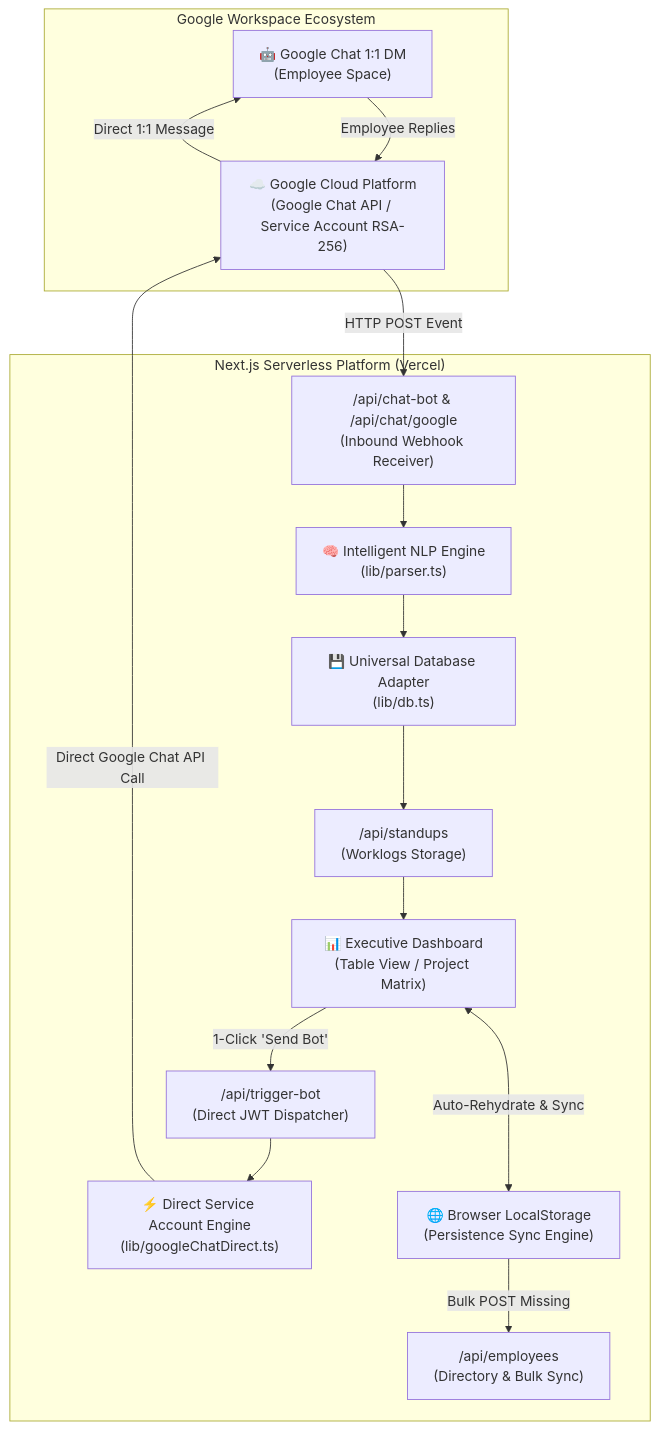
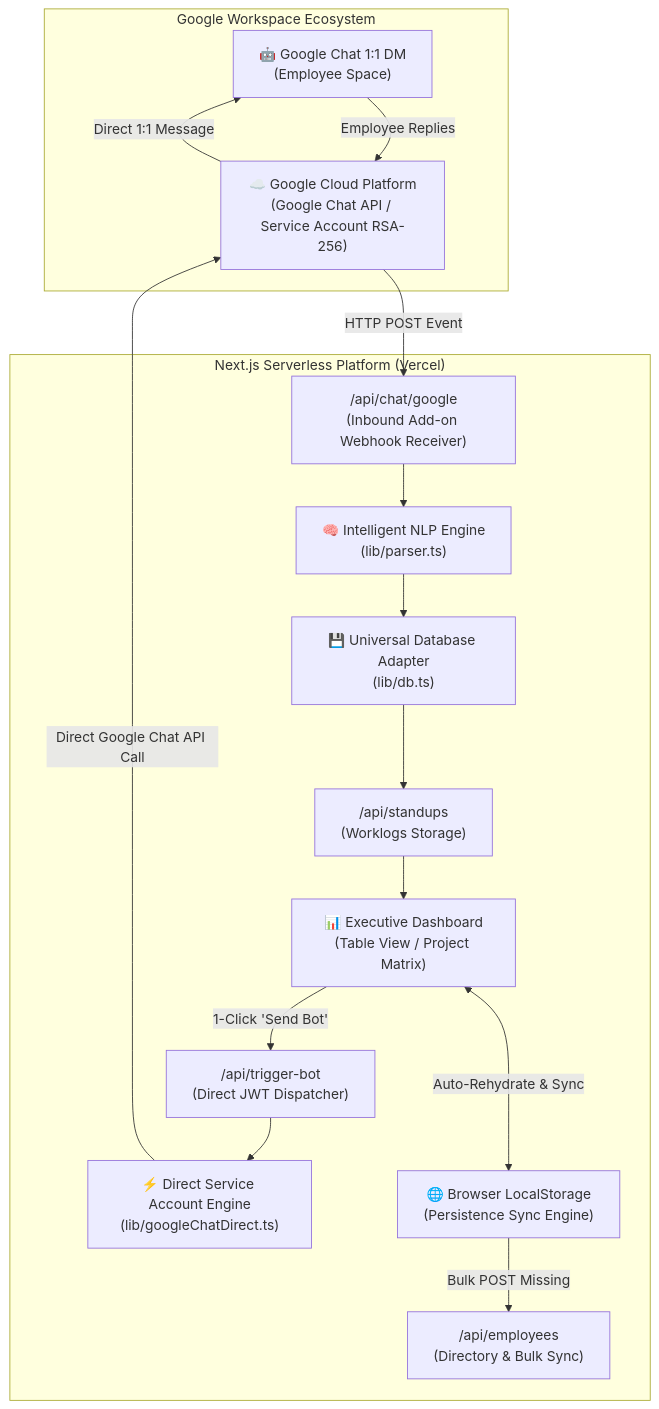
Before and after one commit to RudraSharma3/ChucklePulse: the first of 2 diagrams in README.md, drawn with Mermaid. The commit also changed other lines of this file and 2 other files, not shown here.

Commit message:
Final project completion: Enterprise NLP standup suite, live overrides, date filtering, and client documentation

````diff
--- a/README.md
+++ b/README.md
@@ -73,36 +79,36 @@
 ```mermaid
 flowchart TB
     subgraph GoogleWorkspace["Google Workspace Ecosystem"]
         GChat["🤖 Google Chat 1:1 DM<br/>(Employee Space)"]
         GCP["☁️ Google Cloud Platform<br/>(Google Chat API / Service Account RSA-256)"]
     end
 
-    subgraph CompanySuite["Next.js Serverless Platform (Vercel)"]
-        API_Bot["/api/chat-bot & /api/chat/google<br/>(Inbound Webhook Receiver)"]
+    subgraph ServerlessPlatform["Next.js Serverless Platform (Vercel)"]
+        API_Bot["/api/chat/google<br/>(Inbound Add-on Webhook Receiver)"]
         API_Trigger["/api/trigger-bot<br/>(Direct JWT Dispatcher)"]
         DirectEngine["⚡ Direct Service Account Engine<br/>(lib/googleChatDirect.ts)"]
         API_Emp["/api/employees<br/>(Directory & Bulk Sync)"]
         API_Std["/api/standups<br/>(Worklogs Storage)"]
         
         NLP["🧠 Intelligent NLP Engine<br/>(lib/parser.ts)"]
         DB["💾 Universal Database Adapter<br/>(lib/db.ts)"]
         
         Dashboard["📊 Executive Dashboard<br/>(Table View / Project Matrix)"]
         ClientCache["🌐 Browser LocalStorage<br/>(Persistence Sync Engine)"]
     end
 
     Dashboard -->|1-Click 'Send Bot'| API_Trigger
     API_Trigger --> DirectEngine
     DirectEngine -->|Direct Google Chat API Call| GCP
     GCP -->|Direct 1:1 Message| GChat
     
     GChat -->|Employee Replies| GCP
     GCP -->|HTTP POST Event| API_Bot
     API_Bot --> NLP
     NLP --> DB
     DB --> API_Std
     API_Std --> Dashboard
 
     Dashboard <--->|Auto-Rehydrate & Sync| ClientCache
     ClientCache -->|Bulk POST Missing| API_Emp
 ```
````
